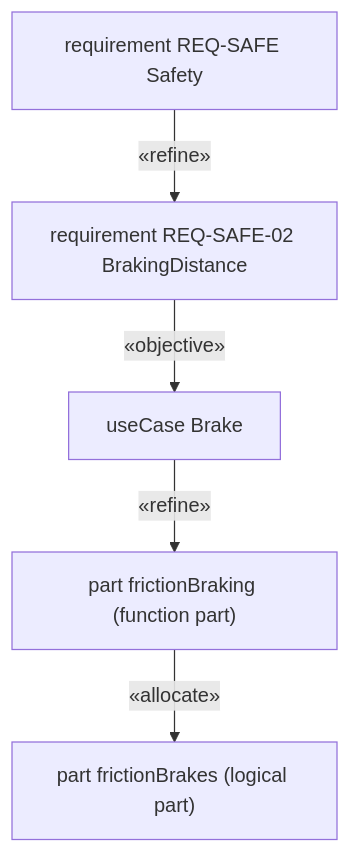
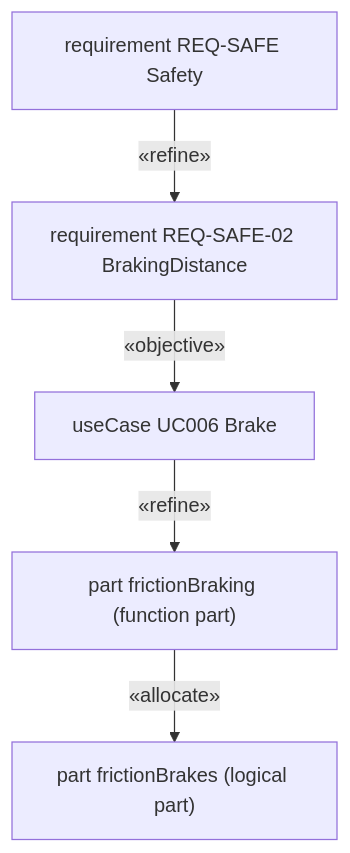
One commit to PerTengkvist/sysmlviewer changed the third of 3 diagrams in docs/tutorials/mbse.md. Above: the diagram before and after it, drawn with Mermaid. The commit also changed other lines of this file and 51 other files, not shown here.

````diff
--- a/docs/tutorials/mbse.md
+++ b/docs/tutorials/mbse.md
@@ -294,7 +294,7 @@
 ```mermaid
 flowchart TB
   S["requirement REQ-SAFE Safety"] -- "«refine»" --> B["requirement REQ-SAFE-02 BrakingDistance"]
-  B -- "«objective»" --> U["useCase Brake"]
+  B -- "«objective»" --> U["useCase UC006 Brake"]
   U -- "«refine»" --> F["part frictionBraking (function part)"]
   F -- "«allocate»" --> L["part frictionBrakes (logical part)"]
 ```
````
